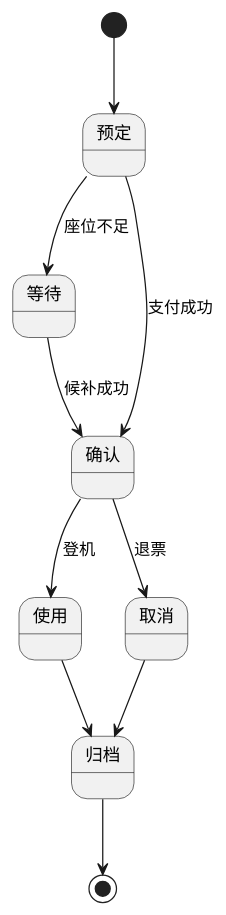
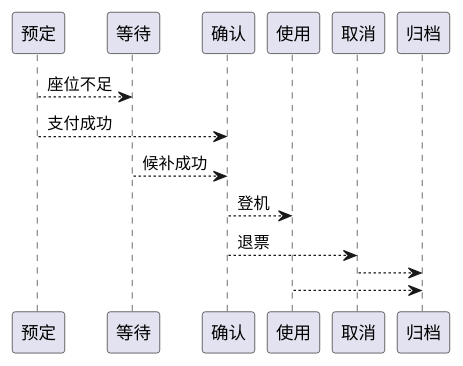
One commit to MiniYuanBot/miniyuan-blog changed the sixth of 6 diagrams in src/content/note/OOT-intro/01-oo-overview.md. Above: the diagram before and after it, drawn with PlantUML. The commit also changed 18 other files, not shown here.

````diff
--- a/src/content/note/OOT-intro/01-oo-overview.md
+++ b/src/content/note/OOT-intro/01-oo-overview.md
@@ -358,13 +358,11 @@
 ```plantuml
 @startuml
-[*] --> 预定
 预定 --> 等待 : 座位不足
 预定 --> 确认 : 支付成功
 等待 --> 确认 : 候补成功
 确认 --> 使用 : 登机
 确认 --> 取消 : 退票
 取消 --> 归档
 使用 --> 归档
-归档 --> [*]
 @enduml
 ```
````
